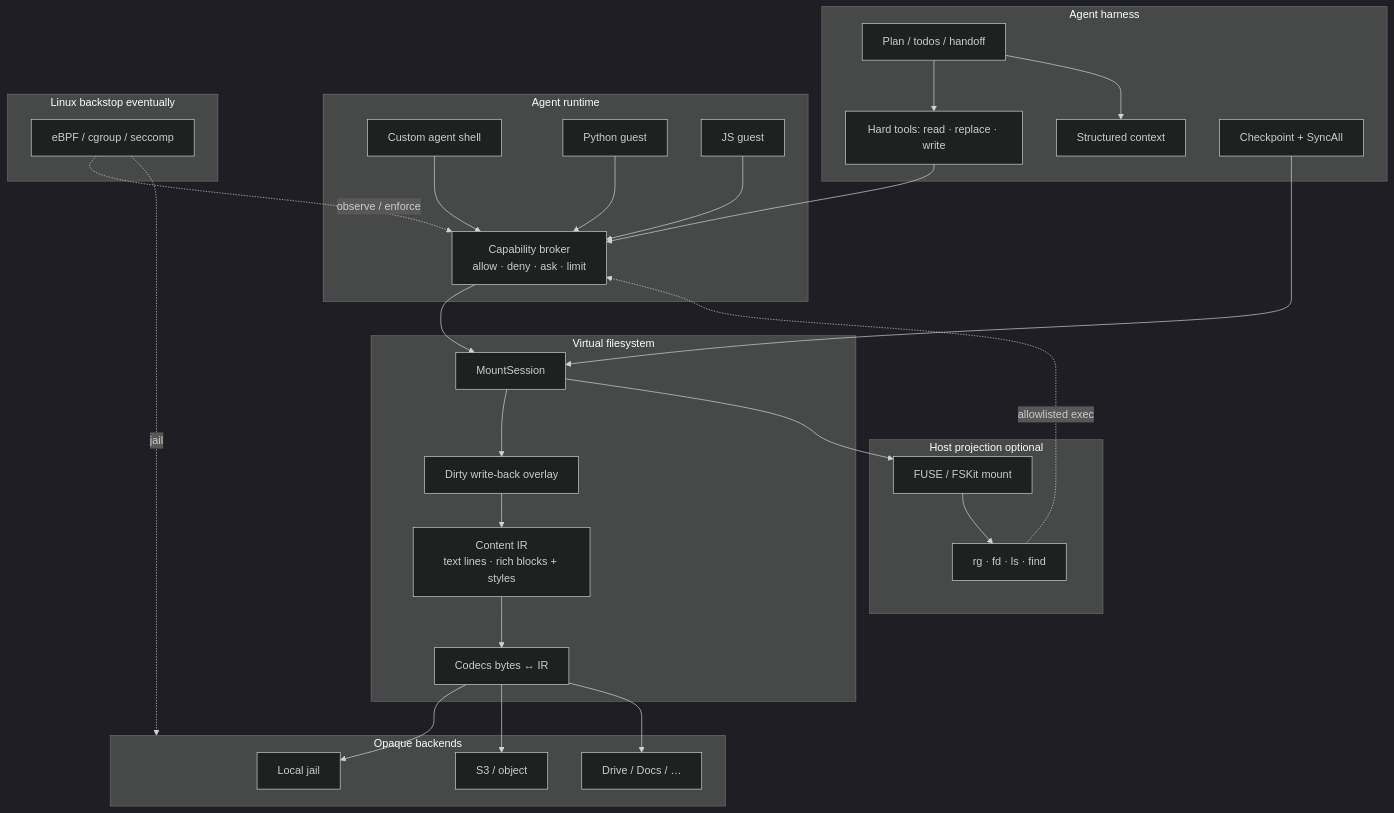
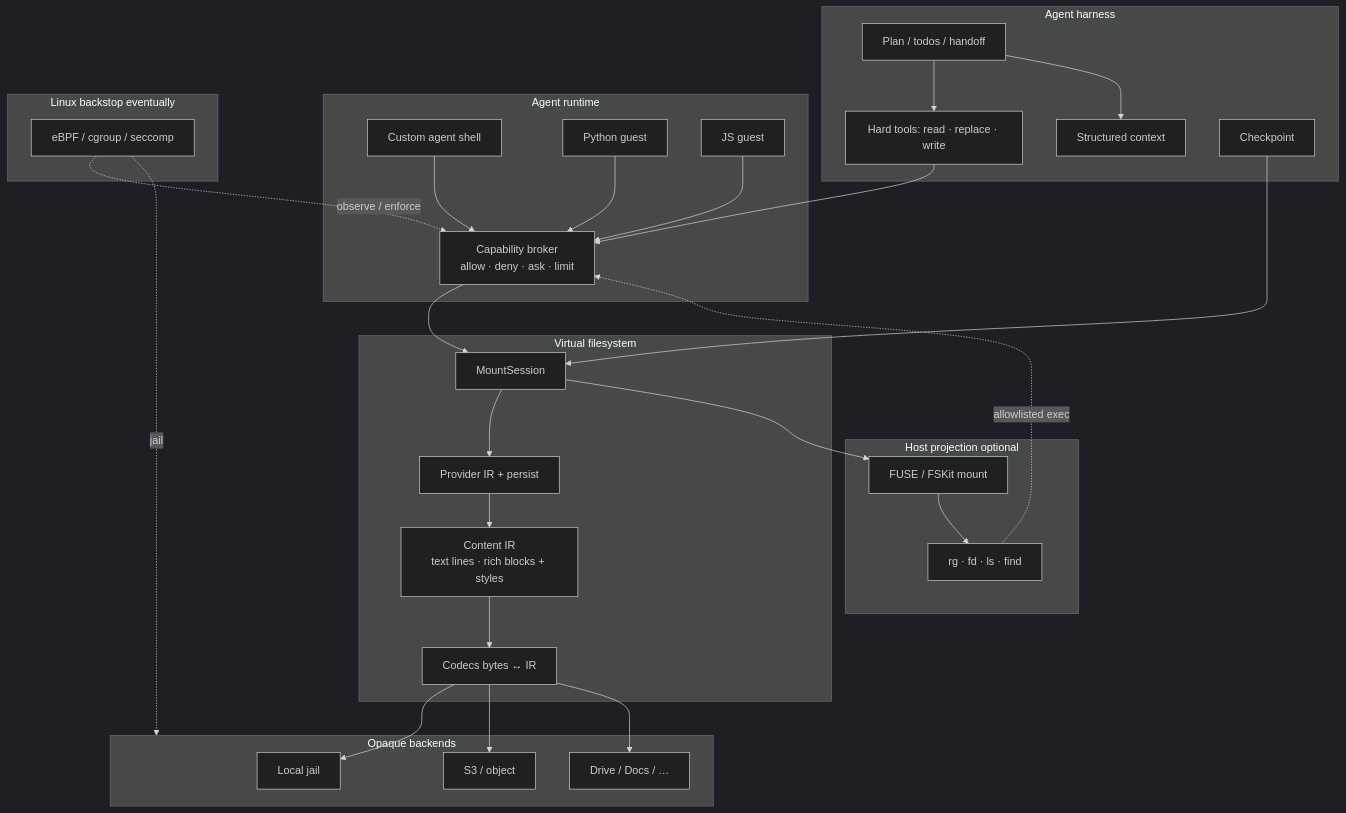
Before and after one commit to Ryanaldo34/tacklr: the first of 2 diagrams in README.md, drawn with Mermaid (dark theme). The commit also changed other lines of this file and 86 other files, not shown here.

````diff
--- a/README.md
+++ b/README.md
@@ -301,58 +301,58 @@
 ```mermaid
 flowchart TB
   subgraph harness [Agent harness]
     Plan[Plan / todos / handoff]
     Tools[Hard tools: read · replace · write]
     Ctx[Structured context]
-    CP[Checkpoint + SyncAll]
+    CP[Checkpoint]
   end
 
   subgraph runtime [Agent runtime]
     Shell[Custom agent shell]
     Py[Python guest]
     JS[JS guest]
     Broker[Capability broker<br/>allow · deny · ask · limit]
   end
 
   subgraph vfs_layer [Virtual filesystem]
     MS[MountSession]
     IR[Content IR<br/>text lines · rich blocks + styles]
-    Overlay[Dirty write-back overlay]
+    Overlay[Provider IR + persist]
     Codec[Codecs bytes ↔ IR]
   end
 
   subgraph project [Host projection optional]
     FUSE[FUSE / FSKit mount]
     HostCLIs[rg · fd · ls · find]
   end
 
   subgraph backends [Opaque backends]
     Local[Local jail]
     S3[S3 / object]
     Other[Drive / Docs / …]
   end
 
   subgraph kernel [Linux backstop eventually]
     eBPF[eBPF / cgroup / seccomp]
   end
 
   Plan --> Tools
   Plan --> Ctx
   Tools --> Broker
   Shell --> Broker
   Py --> Broker
   JS --> Broker
   Broker --> MS
   MS --> Overlay
   Overlay --> IR
   IR --> Codec
   Codec --> Local
   Codec --> S3
   Codec --> Other
   MS --> FUSE
   FUSE --> HostCLIs
   HostCLIs -.->|allowlisted exec| Broker
   CP --> MS
   eBPF -.->|observe / enforce| Broker
   eBPF -.->|jail| backends
 ```
````
